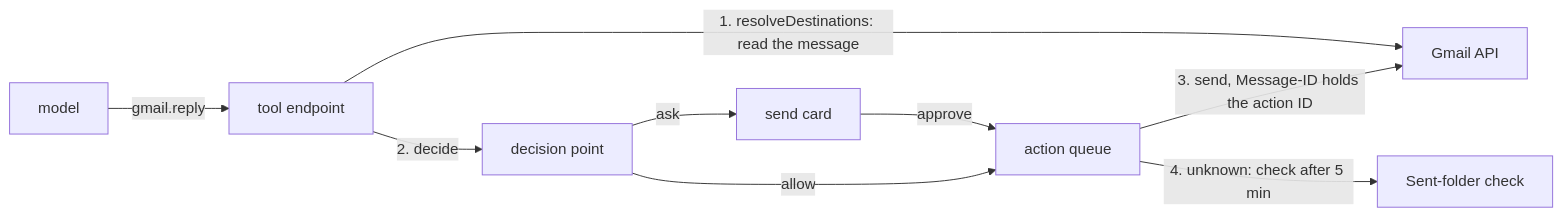
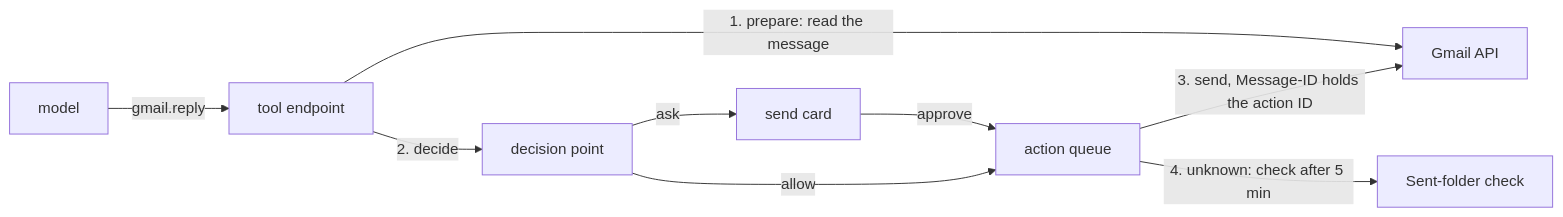
One commit to zgeoff/nixie changed the diagram in docs/design/queue/gmail-calendar-drive-tools.md. Above: the diagram before and after it, drawn with Mermaid. The commit also changed other lines of this file and 5 other files, not shown here.

````diff
--- a/docs/design/queue/gmail-calendar-drive-tools.md
+++ b/docs/design/queue/gmail-calendar-drive-tools.md
@@ -25,11 +28,11 @@
 ```mermaid
 flowchart LR
   model[model] -->|"gmail.reply"| endpoint[tool endpoint]
-  endpoint -->|"1. resolveDestinations: read the message"| gmail[Gmail API]
+  endpoint -->|"1. prepare: read the message"| gmail[Gmail API]
   endpoint -->|"2. decide"| dp[decision point]
   dp -->|ask| card[send card]
   card -->|approve| queue[action queue]
   dp -->|allow| queue
   queue -->|"3. send, Message-ID holds the action ID"| gmail
   queue -->|"4. unknown: check after 5 min"| sent[Sent-folder check]
 ```
````
